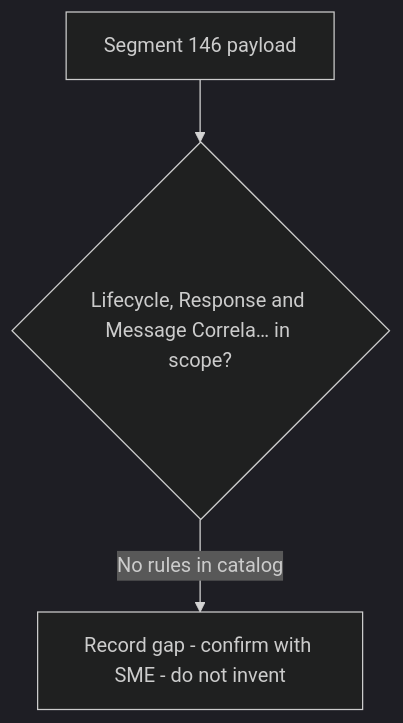
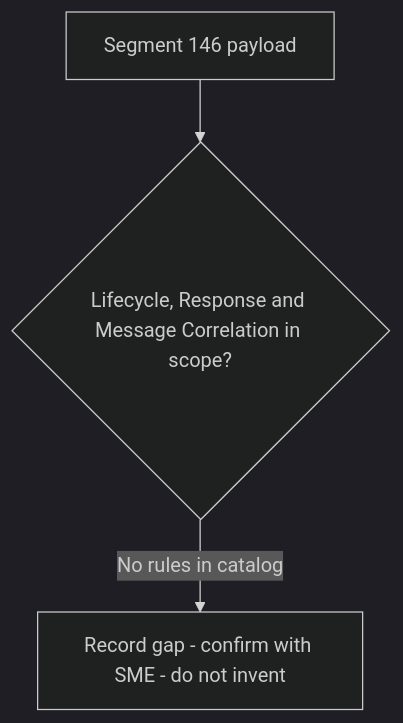
One commit to DhanSingh-hub/core-auth-ai-validation-framework changed the diagram in regression-artifact-validator/specifications/ATL105/docs/specs/kb/segment-146/lifecycle-response-correlation-flow.md. Above: the diagram before and after it, drawn with Mermaid (dark theme). The commit also changed 150 other files, not shown here.

````diff
--- a/regression-artifact-validator/specifications/ATL105/docs/specs/kb/segment-146/lifecycle-response-correlation-flow.md
+++ b/regression-artifact-validator/specifications/ATL105/docs/specs/kb/segment-146/lifecycle-response-correlation-flow.md
@@ -3,5 +3,5 @@
 ```mermaid
 flowchart TD
-    A[Segment 146 payload] --> B{Lifecycle, Response and Message Correla… in scope?}
+    A[Segment 146 payload] --> B{Lifecycle, Response and Message Correlation in scope?}
     B -->|No rules in catalog| G[Record gap - confirm with SME - do not invent]
 ```
````
